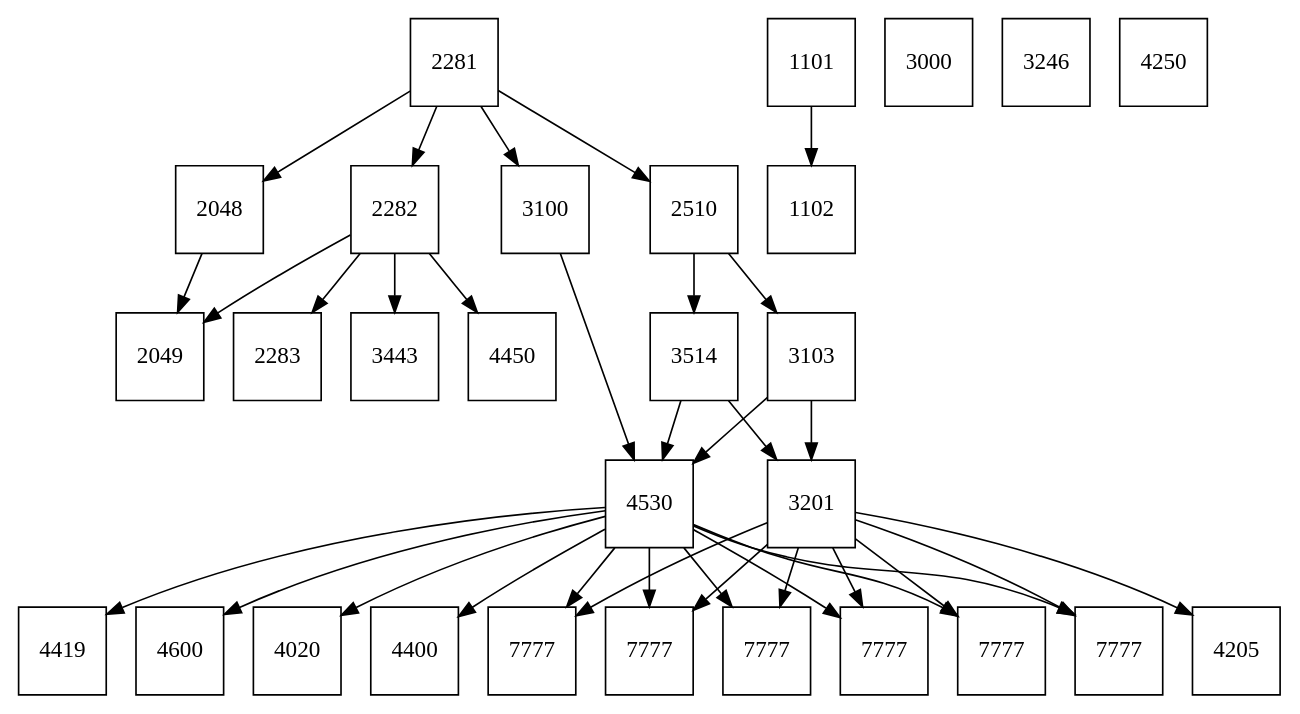
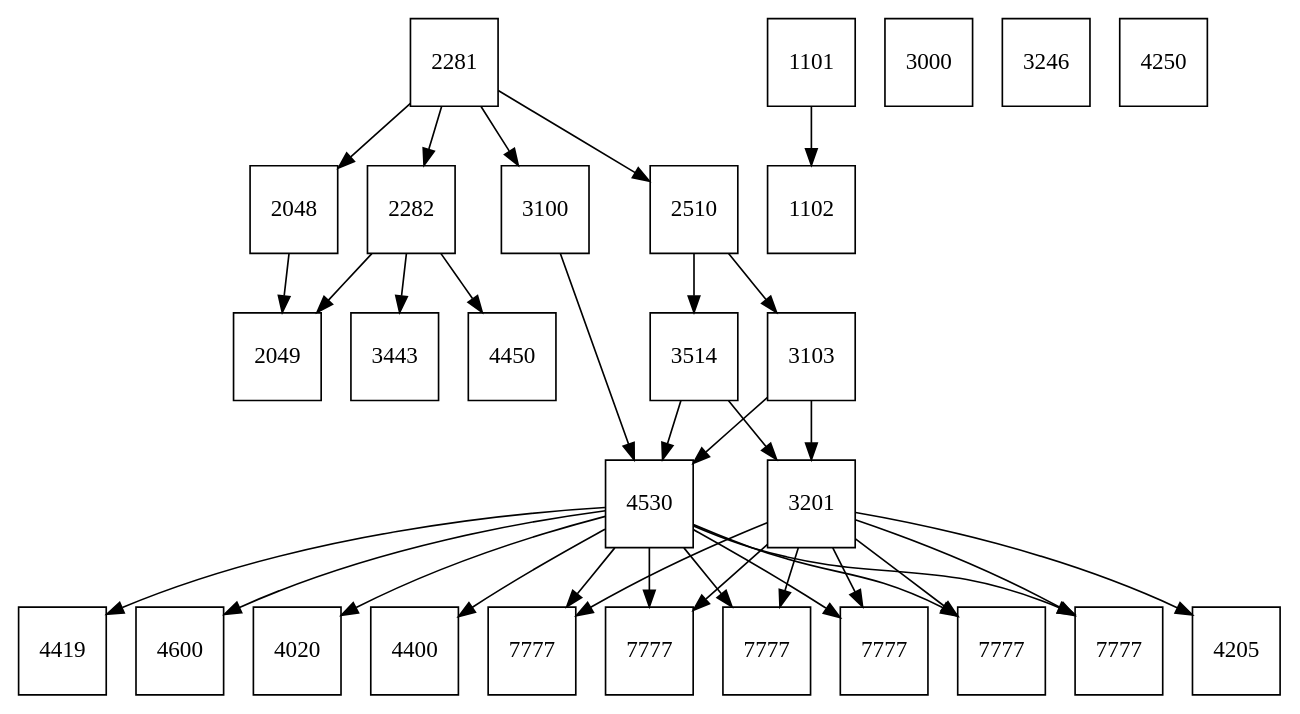
The diagram in src/graphOutput.gv (Fuuxd/Scheduler), drawn with Graphviz before and after one commit. The commit also changed 31 other files, not shown here.

```diff
--- a/src/graphOutput.gv
+++ b/src/graphOutput.gv
@@ -1,65 +1,63 @@
 digraph G {
 0[label="2281", shape="square"];
 1[label="2282", shape="square"];
-2[label="2283", shape="square"];
-3[label="1101", shape="square"];
-4[label="1102", shape="square"];
-5[label="3000", shape="square"];
-6[label="2048", shape="square"];
-7[label="2510", shape="square"];
-8[label="3100", shape="square"];
-9[label="2049", shape="square"];
-10[label="3514", shape="square"];
-11[label="3103", shape="square"];
-12[label="4530", shape="square"];
-13[label="3201", shape="square"];
-14[label="3443", shape="square"];
-15[label="4450", shape="square"];
-16[label="4205", shape="square"];
-17[label="4400", shape="square"];
-18[label="3246", shape="square"];
-19[label="4419", shape="square"];
-20[label="4600", shape="square"];
-21[label="4020", shape="square"];
-22[label="4250", shape="square"];
+2[label="1101", shape="square"];
+3[label="1102", shape="square"];
+4[label="3000", shape="square"];
+5[label="2048", shape="square"];
+6[label="2510", shape="square"];
+7[label="3100", shape="square"];
+8[label="2049", shape="square"];
+9[label="3514", shape="square"];
+10[label="3103", shape="square"];
+11[label="4530", shape="square"];
+12[label="3201", shape="square"];
+13[label="3443", shape="square"];
+14[label="4450", shape="square"];
+15[label="4205", shape="square"];
+16[label="4400", shape="square"];
+17[label="3246", shape="square"];
+18[label="4419", shape="square"];
+19[label="4600", shape="square"];
+20[label="4020", shape="square"];
+21[label="4250", shape="square"];
+22[label="7777", shape="square"];
 23[label="7777", shape="square"];
 24[label="7777", shape="square"];
 25[label="7777", shape="square"];
 26[label="7777", shape="square"];
 27[label="7777", shape="square"];
-28[label="7777", shape="square"];
 0->1 ;
-1->2 ;
-3->4 ;
+2->3 ;
+0->5 ;
 0->6 ;
 0->7 ;
-0->8 ;
+5->8 ;
+1->8 ;
+1->13 ;
+1->14 ;
+6->10 ;
 6->9 ;
-1->9 ;
-1->14 ;
-1->15 ;
 7->11 ;
-7->10 ;
-8->12 ;
+9->11 ;
+9->12 ;
+10->11 ;
 10->12 ;
-10->13 ;
-11->12 ;
-11->13 ;
-13->16 ;
-12->17 ;
-12->19 ;
-12->20 ;
-12->21 ;
+12->15 ;
+11->16 ;
+11->18 ;
+11->19 ;
+11->20 ;
+11->22 ;
+12->22 ;
+11->23 ;
 12->23 ;
-13->23 ;
+11->24 ;
 12->24 ;
-13->24 ;
+11->25 ;
 12->25 ;
-13->25 ;
+11->26 ;
 12->26 ;
-13->26 ;
+11->27 ;
 12->27 ;
-13->27 ;
-12->28 ;
-13->28 ;
 }
```
